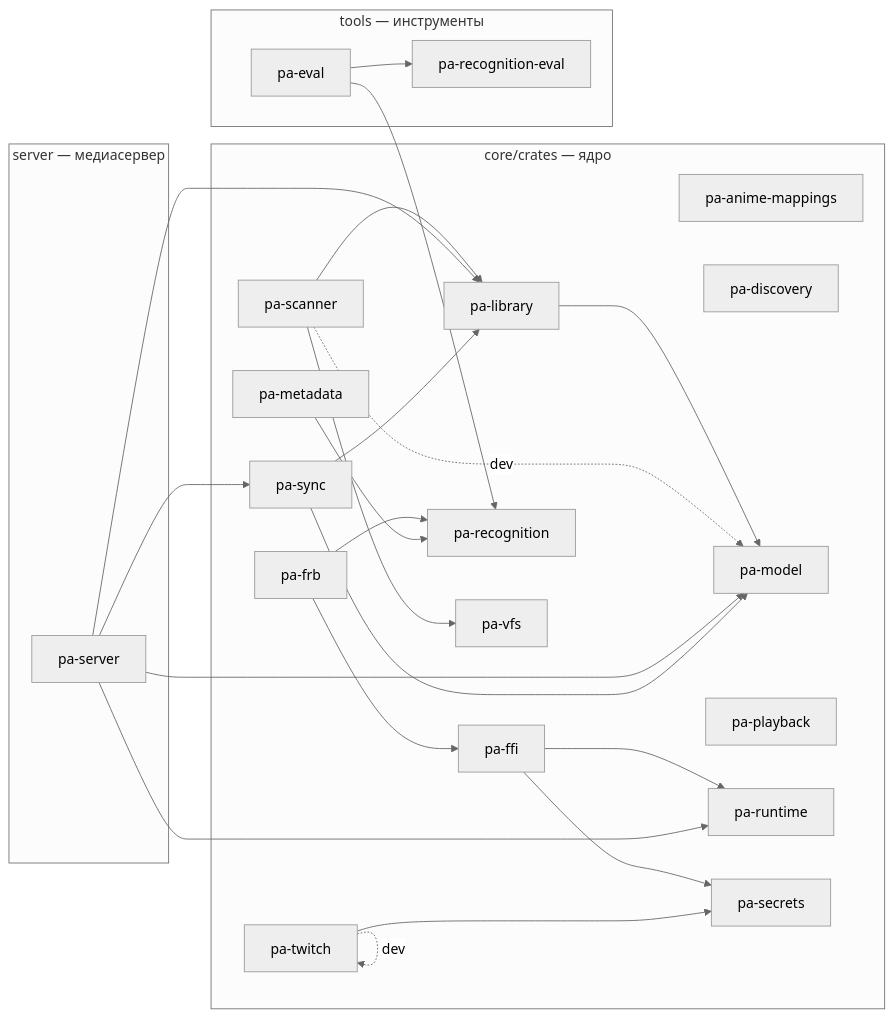
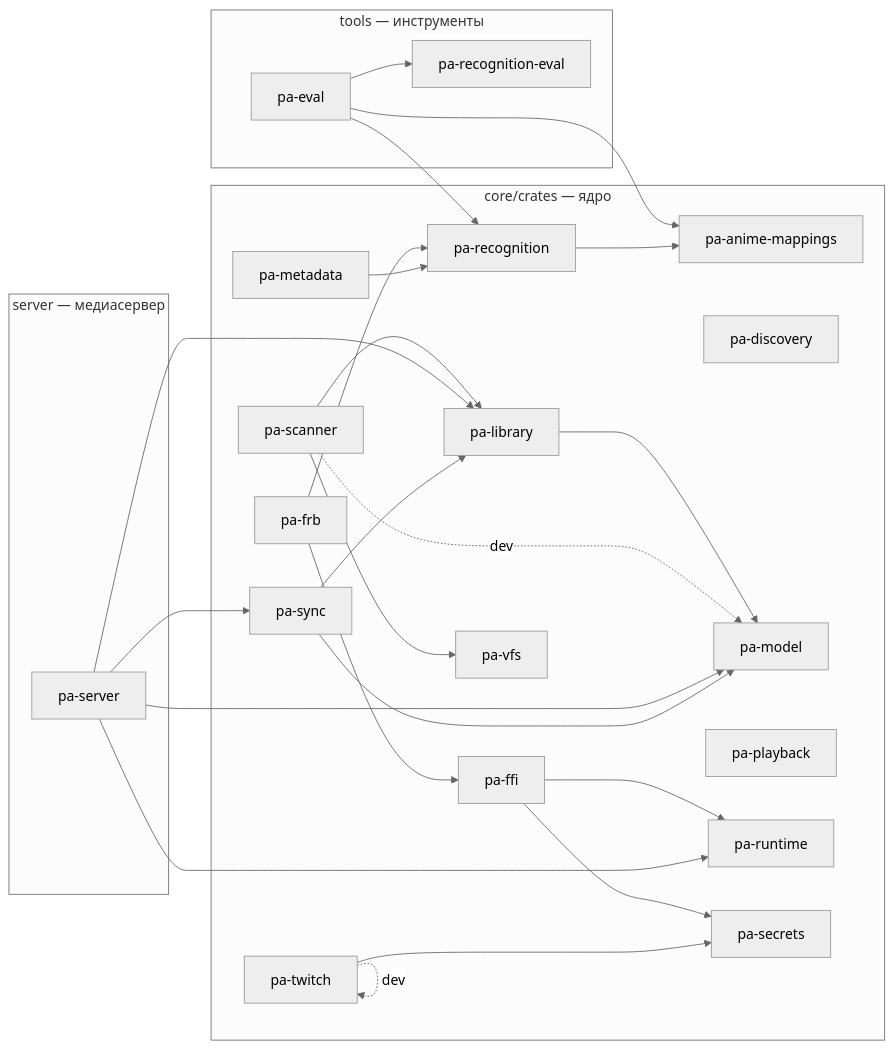
Before and after one commit to DenisHumen/project_alpha: the diagram in docs/dev/crate-graph.md, drawn with Mermaid (neutral theme). The commit also changed other lines of this file and 2 other files, not shown here.

Commit message:
Merge main; assign ADR numbers

````diff
--- a/docs/dev/crate-graph.md
+++ b/docs/dev/crate-graph.md
@@ -12,46 +12,48 @@
 ```mermaid
 flowchart LR
   subgraph g0["core/crates — ядро"]
     pa_anime_mappings["pa-anime-mappings"]
     pa_discovery["pa-discovery"]
     pa_ffi["pa-ffi"]
     pa_frb["pa-frb"]
     pa_library["pa-library"]
     pa_metadata["pa-metadata"]
     pa_model["pa-model"]
     pa_playback["pa-playback"]
     pa_recognition["pa-recognition"]
     pa_runtime["pa-runtime"]
     pa_scanner["pa-scanner"]
     pa_secrets["pa-secrets"]
     pa_sync["pa-sync"]
     pa_twitch["pa-twitch"]
     pa_vfs["pa-vfs"]
   end
   subgraph g1["server — медиасервер"]
     pa_server["pa-server"]
   end
   subgraph g2["tools — инструменты"]
     pa_eval["pa-eval"]
     pa_recognition_eval["pa-recognition-eval"]
   end
+  pa_eval --> pa_anime_mappings
   pa_eval --> pa_recognition
   pa_eval --> pa_recognition_eval
   pa_ffi --> pa_runtime
   pa_ffi --> pa_secrets
   pa_frb --> pa_ffi
   pa_frb --> pa_recognition
   pa_library --> pa_model
   pa_metadata --> pa_recognition
+  pa_recognition --> pa_anime_mappings
   pa_scanner --> pa_library
   pa_scanner -. dev .-> pa_model
   pa_scanner --> pa_vfs
   pa_server --> pa_library
   pa_server --> pa_model
   pa_server --> pa_runtime
   pa_server --> pa_sync
   pa_sync --> pa_library
   pa_sync --> pa_model
   pa_twitch --> pa_secrets
   pa_twitch -. dev .-> pa_twitch
 ```
````
